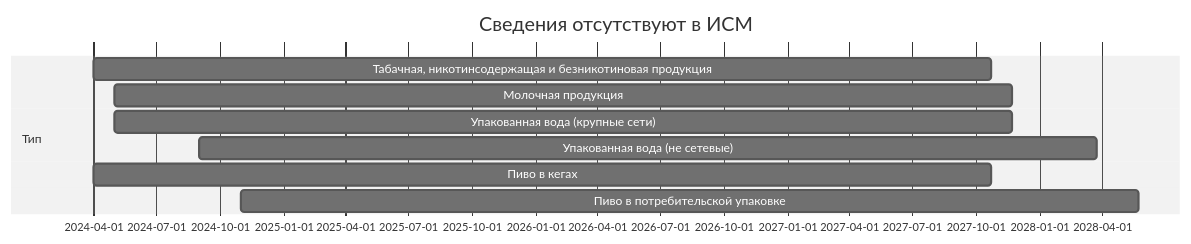
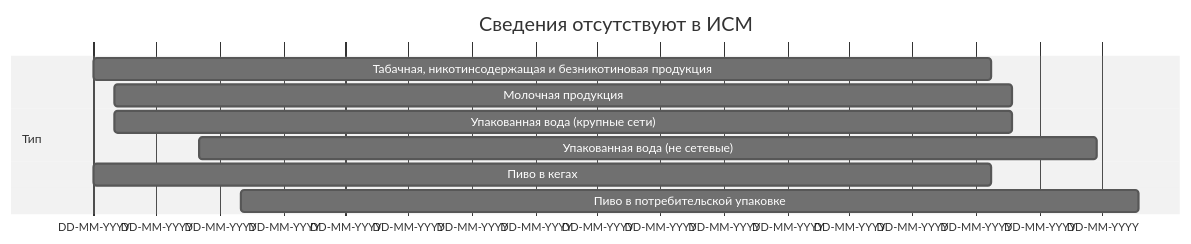
One commit to itidasoft/wiki changed the first of 7 diagrams in imark/ppr1944.md. Above: the diagram before and after it, drawn with Mermaid (neutral theme). The commit also changed other lines of this file, not shown here.

````diff
--- a/imark/ppr1944.md
+++ b/imark/ppr1944.md
@@ -195,12 +195,13 @@
 ```mermaid
 gantt
 	title Сведения отсутствуют в ИСМ
   dateFormat DD-MM-YYYY
+  axisFormat DD-MM-YYYY
   section Тип
   	Табачная, никотинсодержащая и безникотиновая продукция          :a1, 01-04-2024, 1300d
     Молочная продукция    :a2, 01-05-2024, 1300d
     Упакованная вода (крупные сети)   :a3, 01-05-2024, 1300d
     Упакованная вода (не сетевые)   :a4, 01-09-2024, 1300d
     Пиво в кегах       :a5, 01-04-2024, 1300d
     Пиво в потребительской упаковке       :a6, 01-11-2024, 1300d
 ``` 
````
